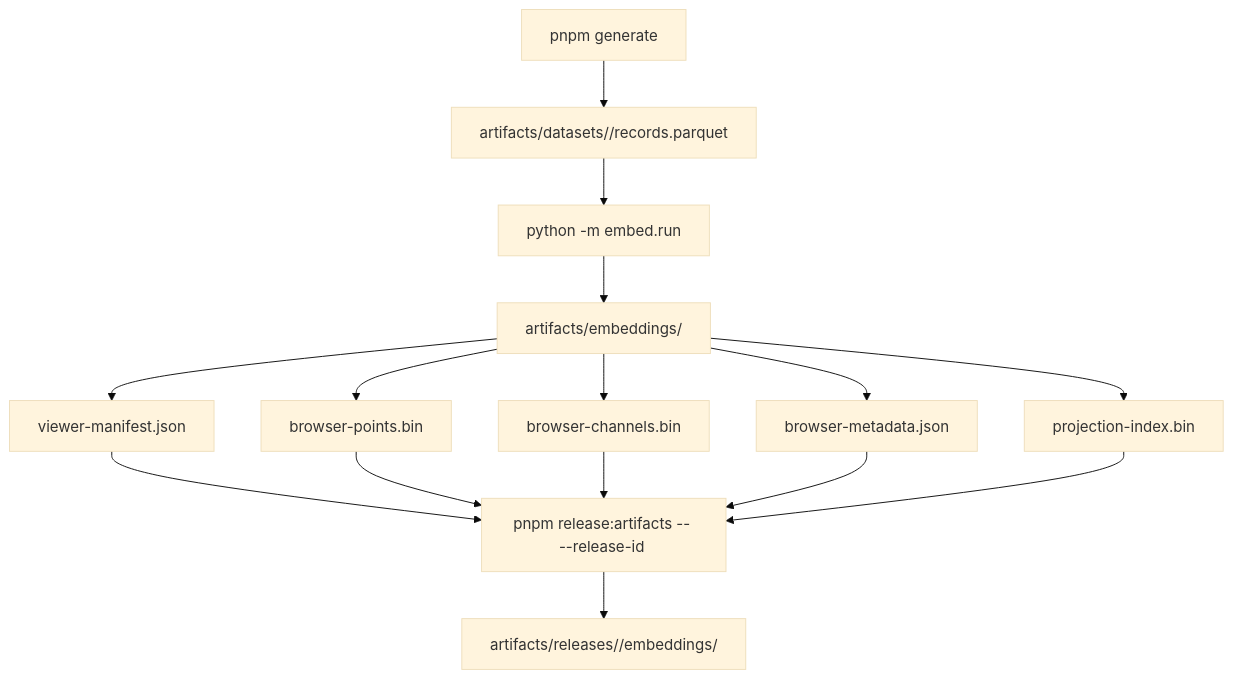
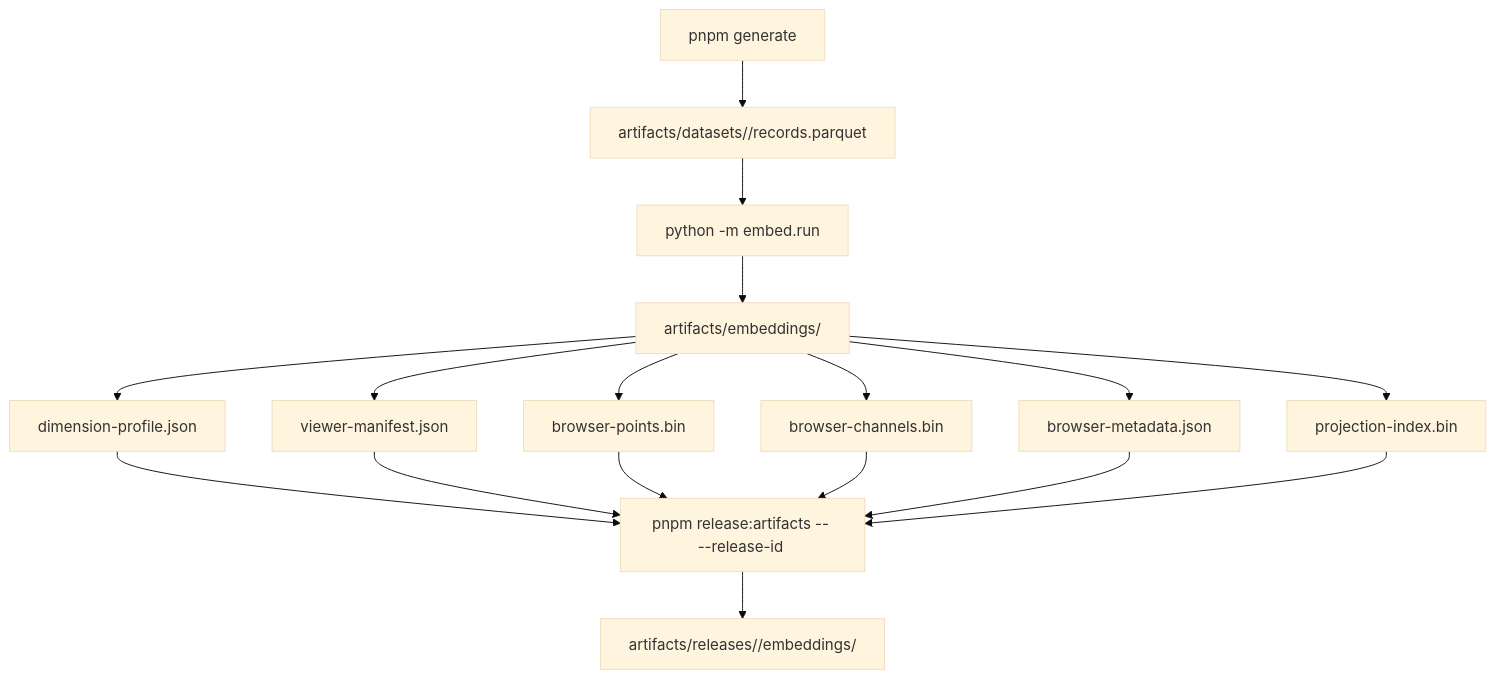
The diagram in docs/pipeline.md (DevomB/Geometry-Of-Poker), drawn with Mermaid (base theme) before and after one commit. The commit also changed other lines of this file and 30 other files, not shown here.

````diff
--- a/docs/pipeline.md
+++ b/docs/pipeline.md
@@ -9,17 +9,19 @@
 ```mermaid
 flowchart TD
   A[pnpm generate] --> B[artifacts/datasets/<street>/records.parquet]
   B --> C[python -m embed.run]
   C --> D[artifacts/embeddings/<street>]
   D --> E[viewer-manifest.json]
   D --> F[browser-points.bin]
   D --> G[browser-channels.bin]
   D --> H[browser-metadata.json]
   D --> I[projection-index.bin]
+  D --> L[dimension-profile.json]
+  L --> J
   E --> J[pnpm release:artifacts -- --release-id <release-id>]
   F --> J
   G --> J
   H --> J
   I --> J
   J --> K[artifacts/releases/<release-id>/embeddings/<street>]
 ```
````
